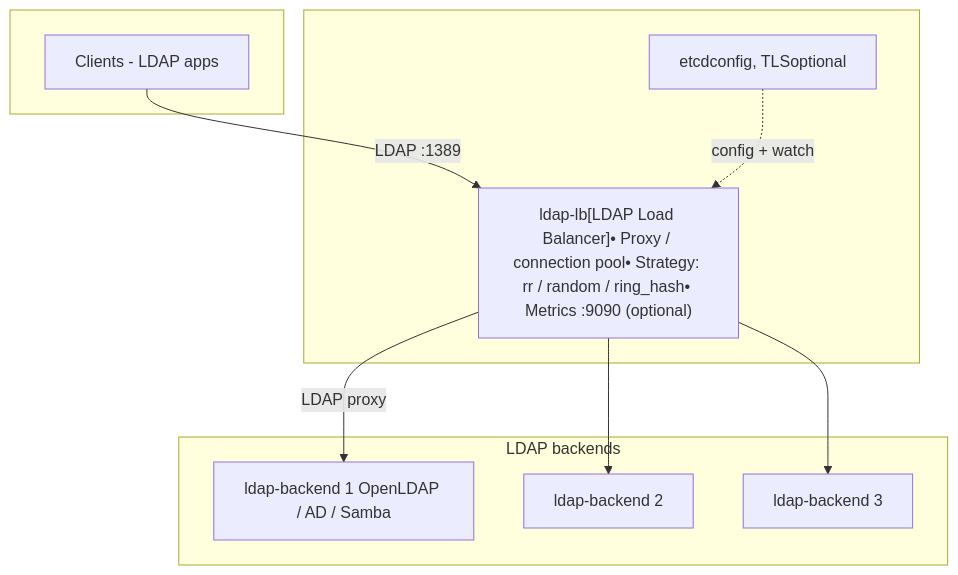
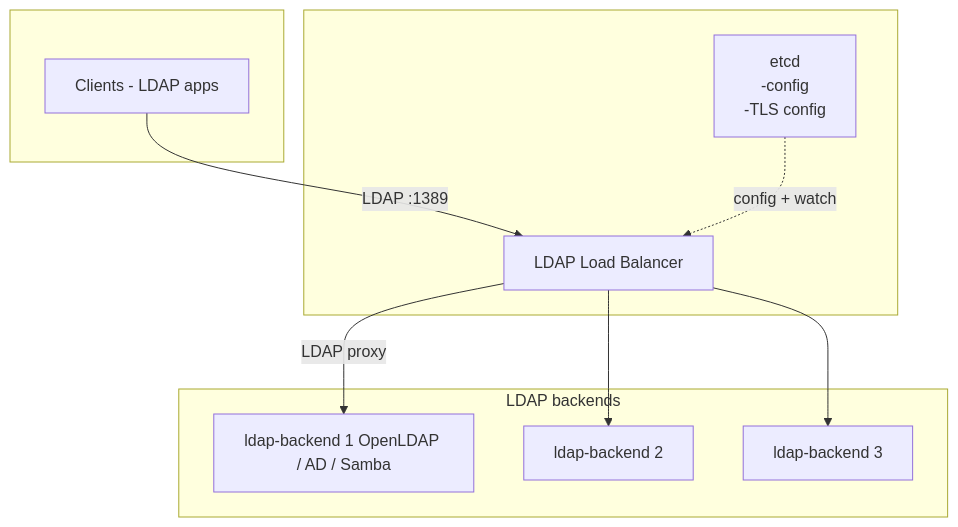
Before and after one commit to chonbash/ldap_load_balancer: the diagram in docs/admin-guide.md, drawn with Mermaid.

````diff
--- a/docs/admin-guide.md
+++ b/docs/admin-guide.md
@@ -11,23 +11,25 @@
 ```mermaid
 flowchart TB
   subgraph clients[" "]
     C[Clients - LDAP apps]
   end
 
   subgraph tier1[" "]
-    LB["ldap-lb[LDAP Load Balancer]• Proxy / connection pool• Strategy: rr / random / ring_hash• Metrics :9090 (optional)"]
-    E[etcdconfig, TLSoptional]
+    LB["LDAP Load Balancer"]
+    E["etcd
+-config
+-TLS config"]
   end
 
   subgraph backends["LDAP backends"]
     B1[ldap-backend 1 OpenLDAP / AD / Samba]
     B2[ldap-backend 2]
     B3[ldap-backend 3]
   end
 
   C -->|"LDAP :1389"| LB
   E -.->|"config + watch"| LB
   LB -->|LDAP proxy| B1
   LB --> B2
   LB --> B3
 ```
````
